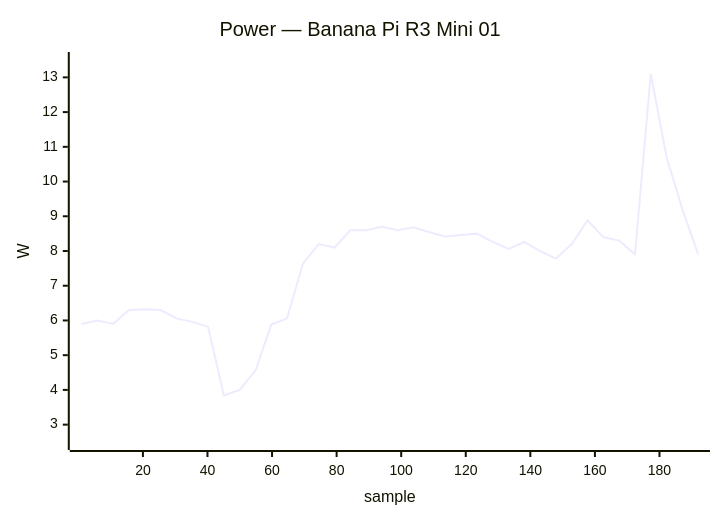
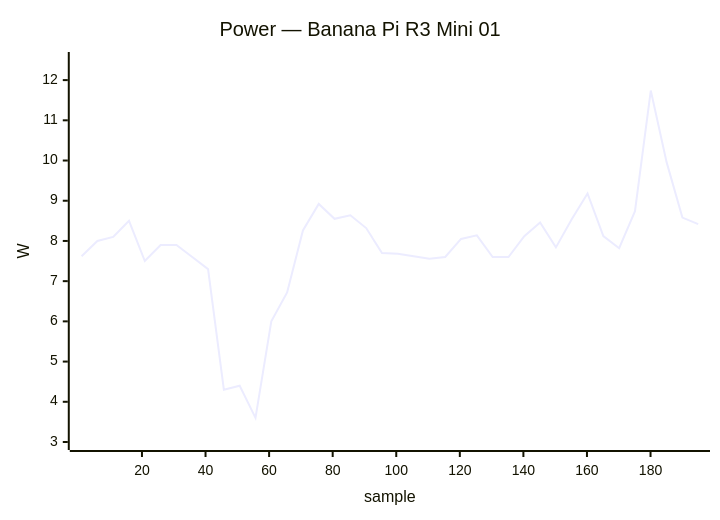
Before and after one commit to armbian/documentation: diagram 11 of 34 in docs/status/board-tests.md, drawn with Mermaid. The commit also changed other lines of this file, not shown here.

````diff
--- a/docs/status/board-tests.md
+++ b/docs/status/board-tests.md
@@ -1083,7 +464,7 @@
 ```mermaid
 xychart-beta
     title "Power — Banana Pi R3 Mini 01"
-    x-axis "sample" 1 --> 192
-    y-axis "W" 2.5 --> 13.5
-    line [5.90, 6.00, 5.90, 6.30, 6.32, 6.30, 6.06, 5.96, 5.82, 3.84, 4.00, 4.56, 5.88, 6.06, 7.64, 8.20, 8.10, 8.60, 8.60, 8.70, 8.60, 8.68, 8.54, 8.42, 8.46, 8.50, 8.26, 8.06, 8.26, 8.00, 7.78, 8.20, 8.88, 8.40, 8.30, 7.90, 13.10, 10.70, 9.20, 7.90]
+    x-axis "sample" 1 --> 195
+    y-axis "W" 3.0 --> 12.5
+    line [7.62, 8.00, 8.10, 8.50, 7.50, 7.90, 7.90, 7.60, 7.30, 4.30, 4.40, 3.60, 6.00, 6.72, 8.26, 8.92, 8.55, 8.64, 8.32, 7.70, 7.68, 7.62, 7.56, 7.60, 8.05, 8.14, 7.60, 7.60, 8.12, 8.46, 7.84, 8.54, 9.18, 8.12, 7.82, 8.74, 11.74, 9.96, 8.58, 8.42]
 ```
````
